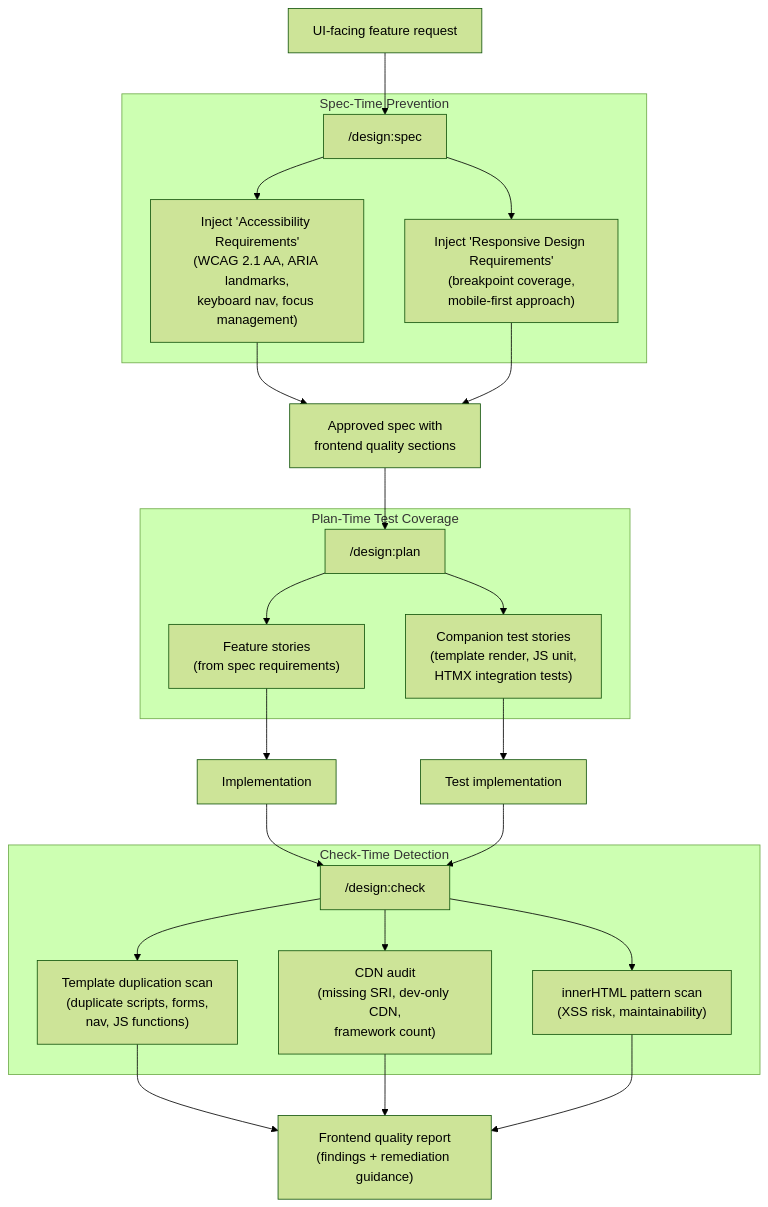
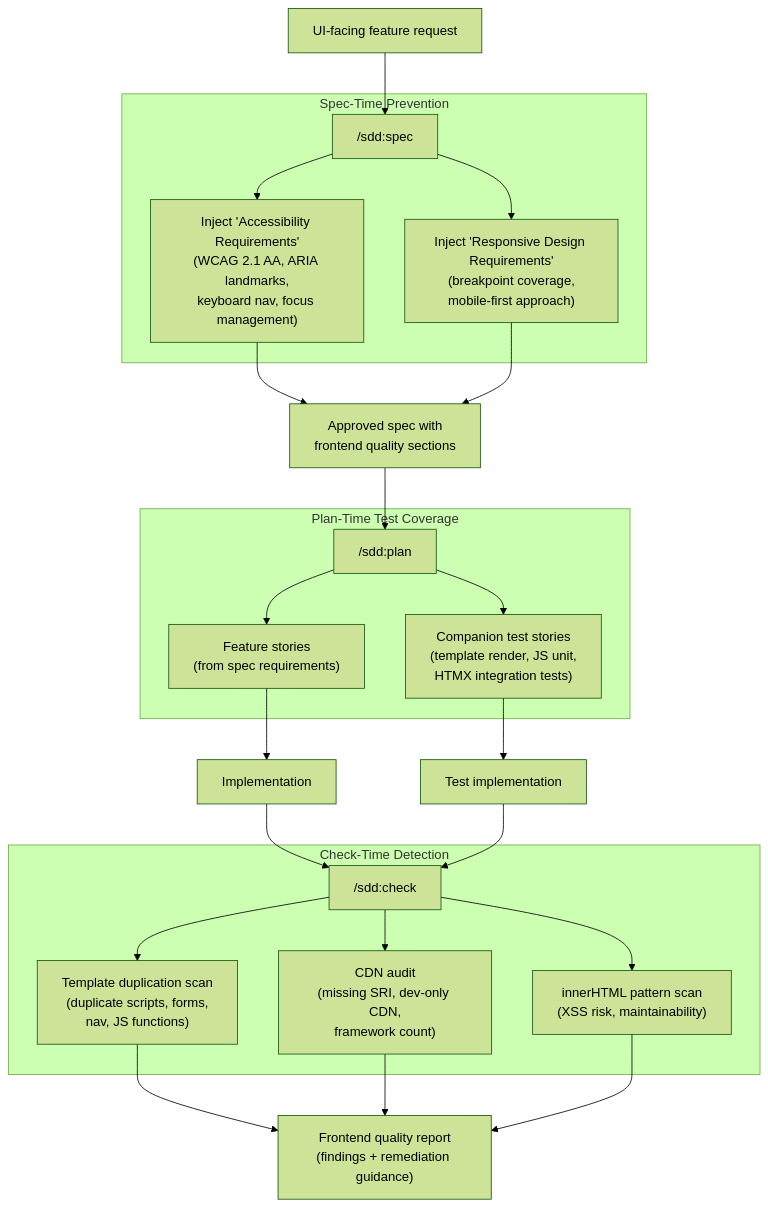
One commit to joestump/claude-plugin-sdd changed the diagram in docs/adrs/ADR-0019-frontend-quality-standards.md. Above: the diagram before and after it, drawn with Mermaid (forest theme). The commit also changed other lines of this file and 106 other files, not shown here.

First line of the commit message:
Rename plugin from design to sdd (Spec-Driven Development)

````diff
--- a/docs/adrs/ADR-0019-frontend-quality-standards.md
+++ b/docs/adrs/ADR-0019-frontend-quality-standards.md
@@ -106,35 +106,35 @@
 ```mermaid
 flowchart TD
-    A["UI-facing feature request"] --> B["/design:spec"]
+    A["UI-facing feature request"] --> B["/sdd:spec"]
 
     subgraph "Spec-Time Prevention"
         B --> C["Inject 'Accessibility Requirements'\n(WCAG 2.1 AA, ARIA landmarks,\nkeyboard nav, focus management)"]
         B --> D["Inject 'Responsive Design Requirements'\n(breakpoint coverage,\nmobile-first approach)"]
     end
 
     C --> E["Approved spec with\nfrontend quality sections"]
     D --> E
 
-    E --> F["/design:plan"]
+    E --> F["/sdd:plan"]
 
     subgraph "Plan-Time Test Coverage"
         F --> G["Feature stories\n(from spec requirements)"]
         F --> H["Companion test stories\n(template render, JS unit,\nHTMX integration tests)"]
     end
 
     G --> I["Implementation"]
     H --> J["Test implementation"]
 
-    I --> K["/design:check"]
+    I --> K["/sdd:check"]
     J --> K
 
     subgraph "Check-Time Detection"
         K --> L["Template duplication scan\n(duplicate scripts, forms,\nnav, JS functions)"]
         K --> M["CDN audit\n(missing SRI, dev-only CDN,\nframework count)"]
         K --> N["innerHTML pattern scan\n(XSS risk, maintainability)"]
     end
 
     L --> O["Frontend quality report\n(findings + remediation guidance)"]
     M --> O
     N --> O
 ```
````
